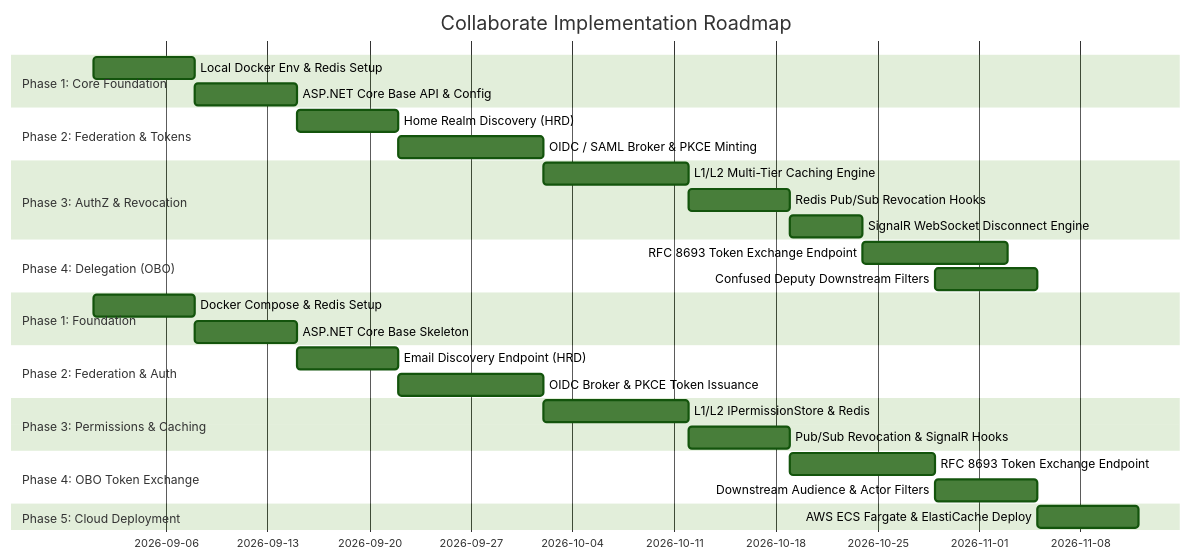
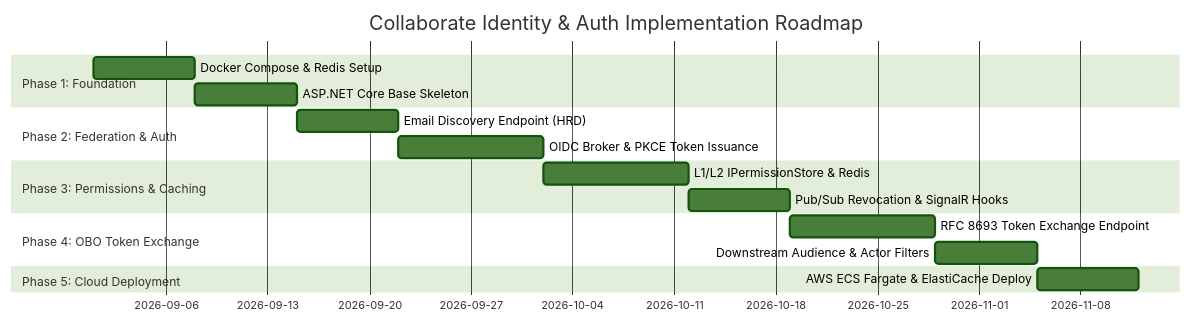
The fifth of 7 diagrams in docs/part-1-specs.md (mauriciogracia/auth-challenge), drawn with Mermaid (forest theme) before and after one commit. The commit also changed other lines of this file and 5 other files, not shown here.

````diff
--- a/docs/part-1-specs.md
+++ b/docs/part-1-specs.md
@@ -303,33 +248,19 @@
 ```mermaid
 gantt
     title Collaborate Identity & Auth Implementation Roadmap
-    title Collaborate Implementation Roadmap
     dateFormat  YYYY-MM-DD
-    section Phase 1: Core Foundation
-    Local Docker Env & Redis Setup       :p1_1, 2026-09-01, 7d
-    ASP.NET Core Base API & Config       :p1_2, after p1_1, 7d
-    section Phase 2: Federation & Tokens
-    Home Realm Discovery (HRD)           :p2_1, after p1_2, 7d
-    OIDC / SAML Broker & PKCE Minting    :p2_2, after p2_1, 10d
-    section Phase 3: AuthZ & Revocation
-    L1/L2 Multi-Tier Caching Engine      :p3_1, after p2_2, 10d
-    Redis Pub/Sub Revocation Hooks       :p3_2, after p3_1, 7d
-    SignalR WebSocket Disconnect Engine  :p3_3, after p3_2, 5d
-    section Phase 4: Delegation (OBO)
-    RFC 8693 Token Exchange Endpoint     :p4_1, after p3_3, 10d
-    Confused Deputy Downstream Filters   :p4_2, after p4_1, 7d
     section Phase 1: Foundation
     Docker Compose & Redis Setup         :p1_1, 2026-09-01, 7d
     ASP.NET Core Base Skeleton           :p1_2, after p1_1, 7d
     section Phase 2: Federation & Auth
     Email Discovery Endpoint (HRD)       :p2_1, after p1_2, 7d
     OIDC Broker & PKCE Token Issuance    :p2_2, after p2_1, 10d
     section Phase 3: Permissions & Caching
     L1/L2 IPermissionStore & Redis       :p3_1, after p2_2, 10d
     Pub/Sub Revocation & SignalR Hooks   :p3_2, after p3_1, 7d
     section Phase 4: OBO Token Exchange
     RFC 8693 Token Exchange Endpoint     :p4_1, after p3_2, 10d
     Downstream Audience & Actor Filters  :p4_2, after p4_1, 7d
     section Phase 5: Cloud Deployment
     AWS ECS Fargate & ElastiCache Deploy :p5_1, after p4_2, 7d
 ```
````
